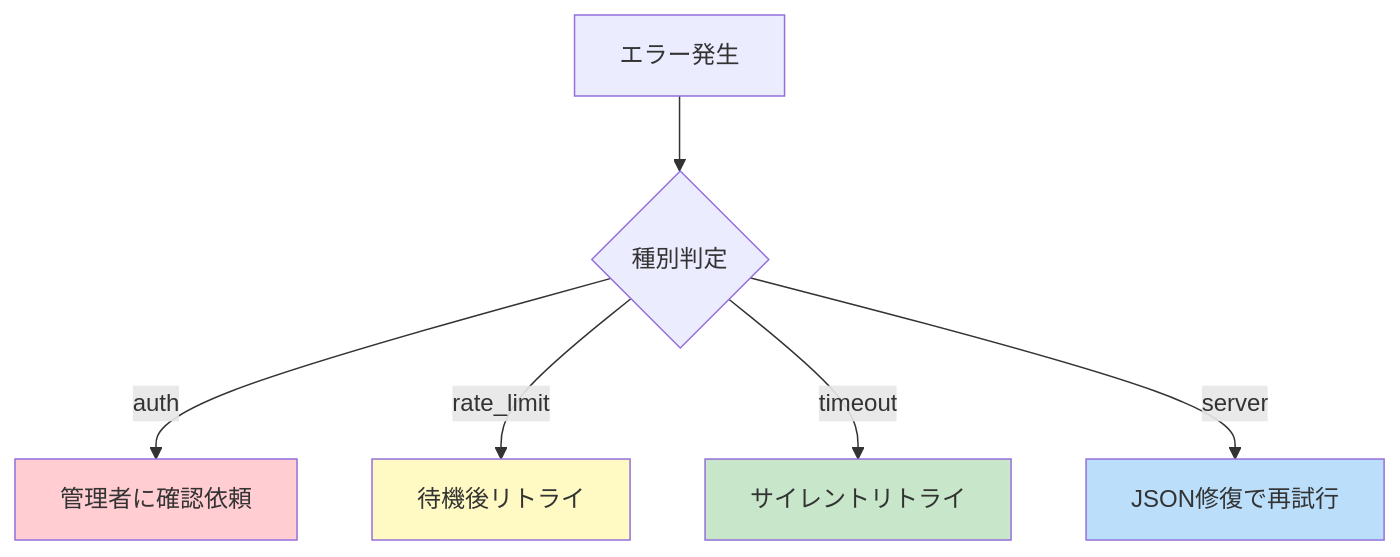
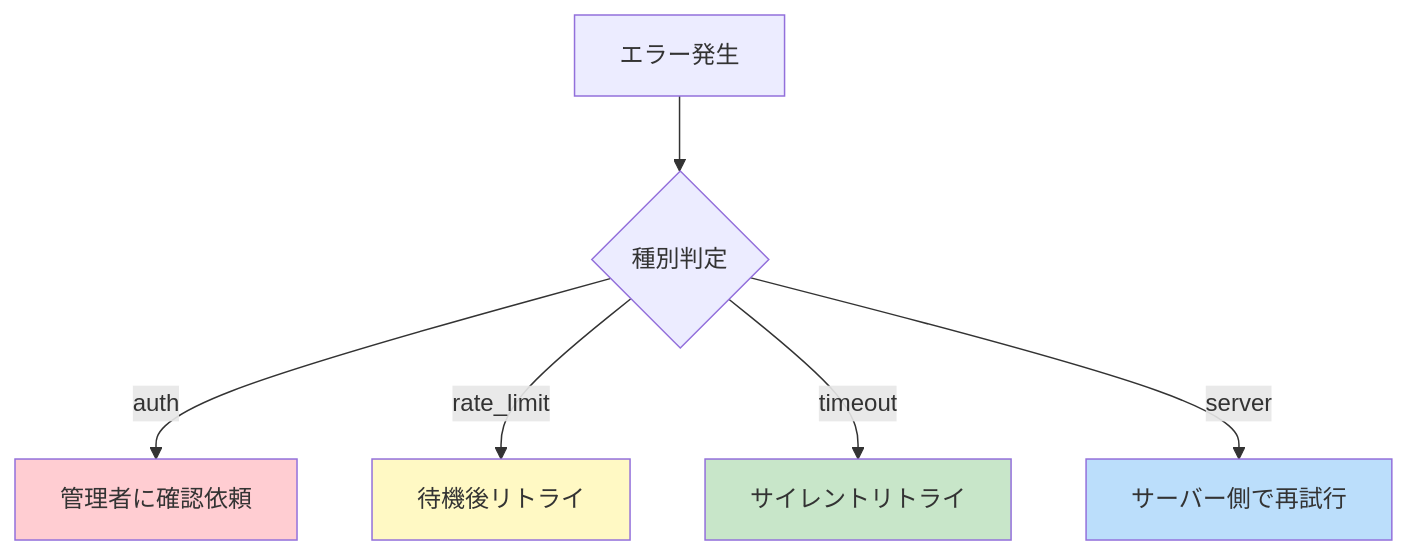
The eighth of 16 diagrams in apps/v2-modern/docs/00_overview/00_Master_Technical_Reference.md (Ibar-Aki/solar-aldrin), drawn with Mermaid before and after one commit. The commit also changed other lines of this file and 13 other files, not shown here.

````diff
--- a/apps/v2-modern/docs/00_overview/00_Master_Technical_Reference.md
+++ b/apps/v2-modern/docs/00_overview/00_Master_Technical_Reference.md
@@ -654,13 +655,13 @@
 ```mermaid
 graph TD
     E[エラー発生] --> A{種別判定}
     A -->|auth| A1[管理者に確認依頼]
     A -->|rate_limit| A2[待機後リトライ]
     A -->|timeout| A3[サイレントリトライ]
-    A -->|server| A4[JSON修復で再試行]
+    A -->|server| A4[サーバー側で再試行]
     
     style A1 fill:#ffcdd2
     style A2 fill:#fff9c4
     style A3 fill:#c8e6c9
     style A4 fill:#bbdefb
 ```
````
